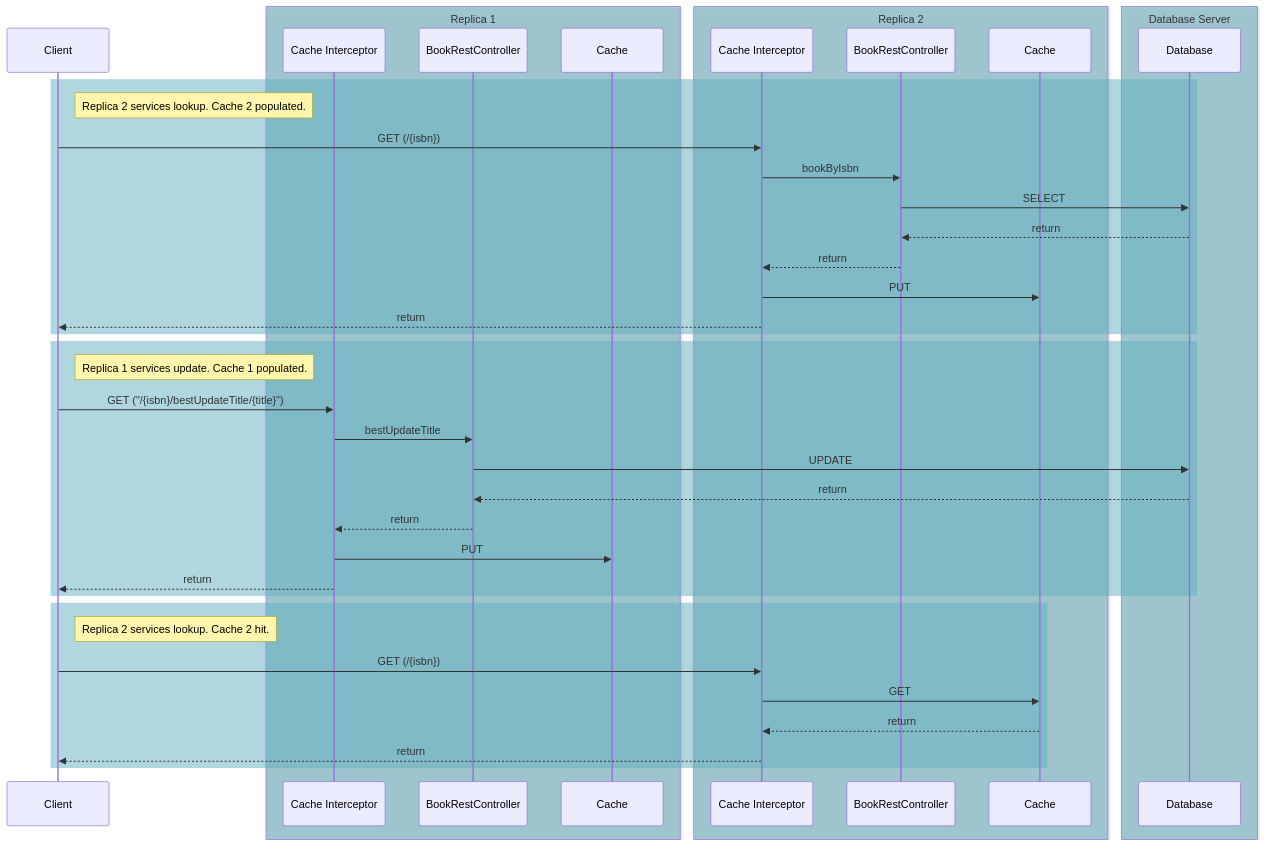
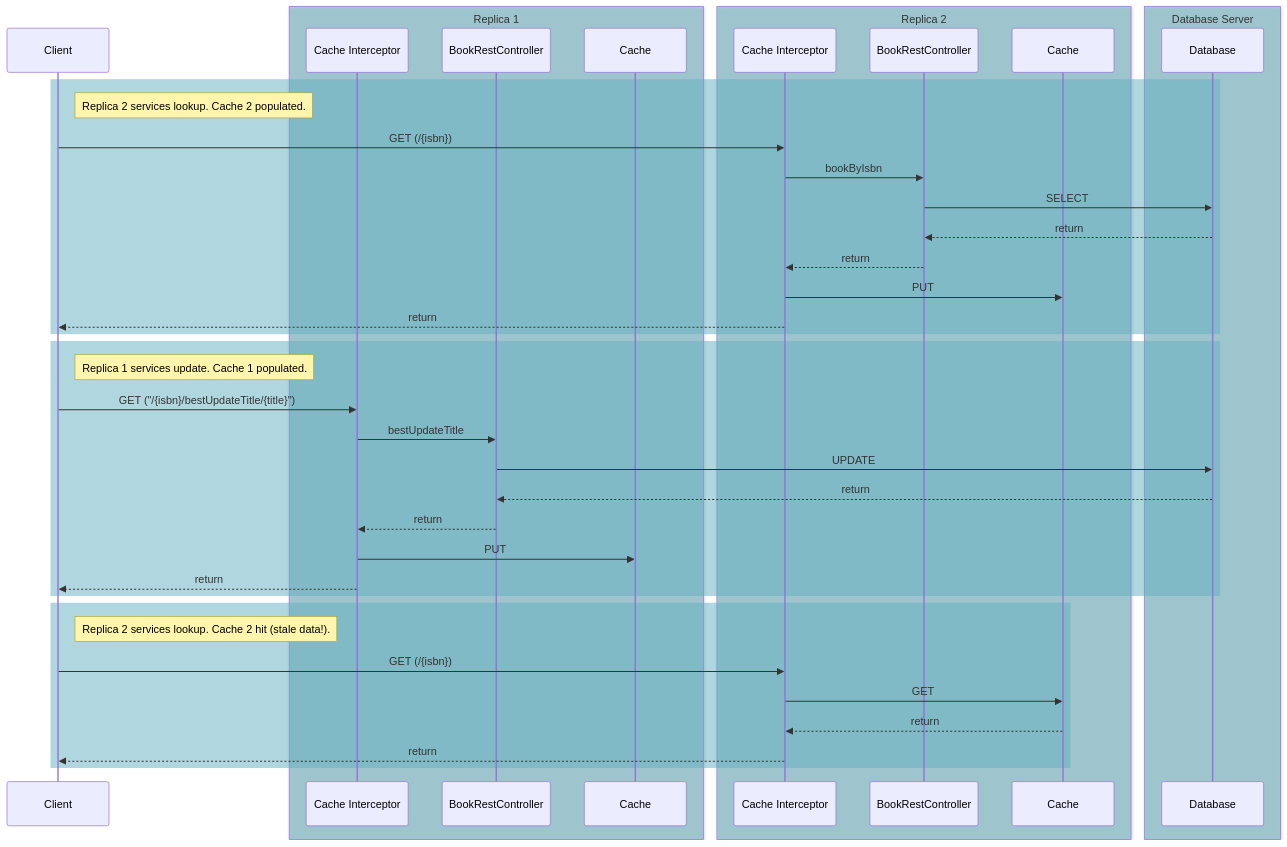
The fourth of 6 diagrams in projects/blog/_posts/2024-06-25-spring-cacheable.markdown (emacdona/onlispBookClub), drawn with Mermaid before and after one commit. The commit also changed other lines of this file, not shown here.

````diff
--- a/projects/blog/_posts/2024-06-25-spring-cacheable.markdown
+++ b/projects/blog/_posts/2024-06-25-spring-cacheable.markdown
@@ -393,47 +393,47 @@
 ```mermaid!
 sequenceDiagram
     participant B as Client
     box rgba(98, 175, 192, 0.5) Replica 1
         participant CI as Cache Interceptor
         participant EM as BookRestController
         participant C as Cache
     end
     box rgba(98, 175, 192, 0.5) Replica 2
         participant CI2 as Cache Interceptor
         participant EM2 as BookRestController
         participant C2 as Cache
     end
     box rgba(98, 175, 192, 0.5) Database Server
         participant DB as Database
     end
     
     rect rgba(98, 175, 192, 0.5)
     note right of B: Replica 2 services lookup. Cache 2 populated.
     B->>CI2: GET (/{isbn})
     CI2->>EM2: bookByIsbn
     EM2->>DB:SELECT
     DB-->>EM2: return
     EM2-->>CI2: return
     CI2->>C2: PUT
     CI2-->>B: return
     end
 
     rect rgba(98, 175, 192, 0.5)
     note right of B: Replica 1 services update. Cache 1 populated.
     B->>CI: GET ("/{isbn}/bestUpdateTitle/{title}")
     CI->>EM: bestUpdateTitle
     EM->>DB:UPDATE
     DB-->>EM: return
     EM-->>CI: return
     CI->>C: PUT
     CI-->>B: return
     end
 
     rect rgba(98, 175, 192, 0.5)
-    note right of B: Replica 2 services lookup. Cache 2 hit.
+    note right of B: Replica 2 services lookup. Cache 2 hit (stale data!).
     B->>CI2: GET (/{isbn})
     CI2->>C2: GET
         C2-->>CI2: return
         CI2-->>B: return
     end
 ```
````
